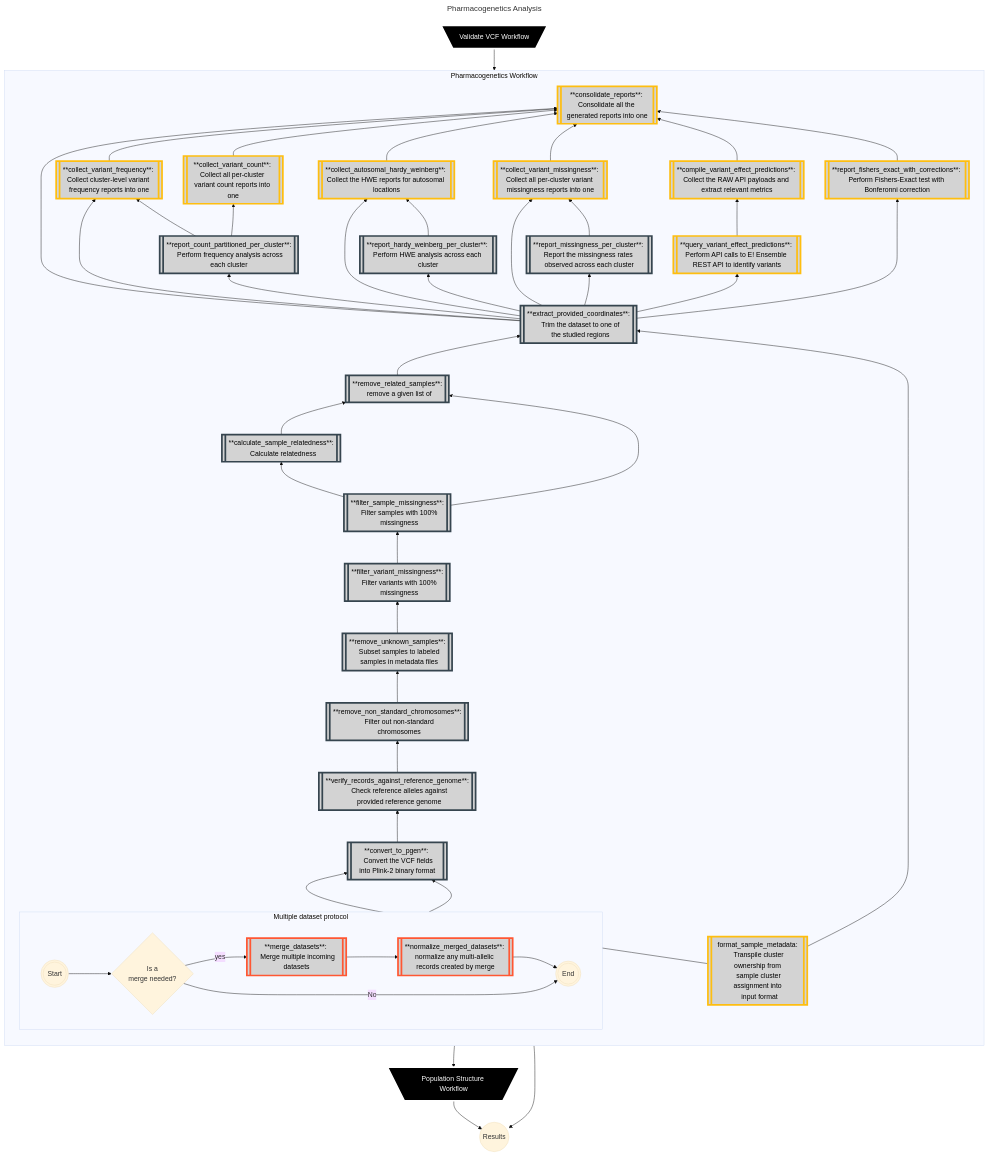
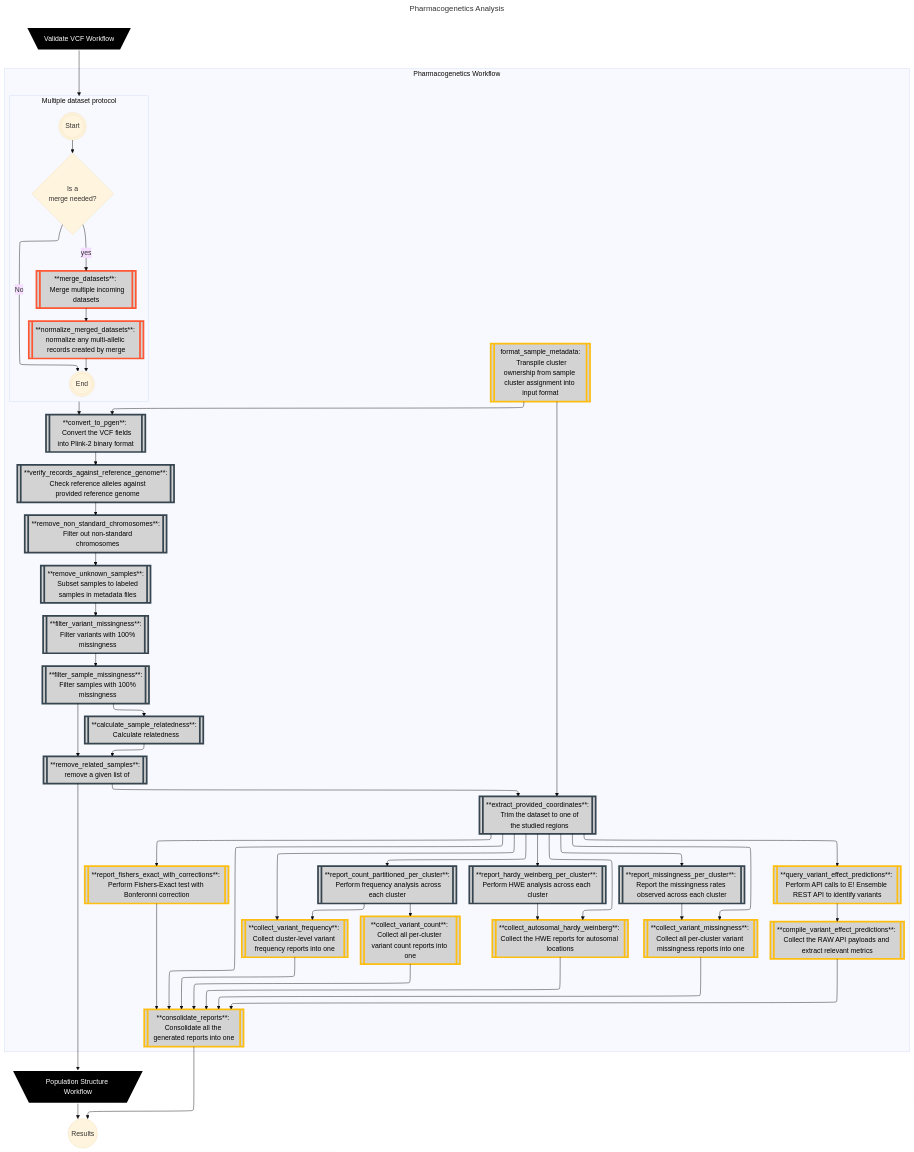
Before and after one commit to Tuks-ICMM/Pharmacogenetic-Analysis-Pipeline: the first of 34 diagrams in docs/02-workflow/02-methodology.md, drawn with Mermaid (base theme).

Commit message:
Updated rendering engine for graph

````diff
--- a/docs/02-workflow/02-methodology.md
+++ b/docs/02-workflow/02-methodology.md
@@ -44,6 +44,9 @@
   ```mermaid
 ---
 title: Pharmacogenetics Analysis
+config:
+    flowchart:
+        defaultRenderer: elk
 ---
 flowchart TD
   subgraph pharmacogeneticsWorkflow [Pharmacogenetics Workflow]
@@ -57,16 +60,32 @@
       classDef gatk stroke:#007FFF,fill:#D3D3D3,stroke-width:4px,color:black;
       classDef workflow stroke:#fff,fill:#000000,stroke-width:4px,color:white;
 
-      format_sample_metadata[[format_sample_metadata:
-  Transpile cluster ownership from
-  sample cluster assignment into
-  input format]]
+      subgraph multipleVcfProtocol [Multiple dataset protocol]
+          direction LR
+          multipleVcfProtocolStart(((Start)))
+          ifMergeRequired{Is a 
+  merge needed?}
+          merge_datasets[[**merge_datasets**: 
+  Merge multiple incoming datasets]]
+
+          normalize_merged_datasets[[**normalize_merged_datasets**: normalize any multi-allelic records created by merge]]
+          multipleVcfProtocolEnd(((End)))
+
+          class merge_datasets,normalize_merged_datasets bcftools;
+          multipleVcfProtocolStart --> ifMergeRequired
+          ifMergeRequired --> |yes| merge_datasets --> normalize_merged_datasets --> multipleVcfProtocolEnd
+          ifMergeRequired --> |No| multipleVcfProtocolEnd
+      end
 
       convert_to_pgen[[**convert_to_pgen**: 
   Convert the VCF fields into Plink-2 binary format]]
       remove_unknown_samples[[**remove_unknown_samples**:
   Subset samples to labeled
   samples in metadata files]]
+
+      format_sample_metadata[[format_sample_metadata:
+  Transpile cluster ownership from sample cluster assignment into input format]]
+
       
       verify_records_against_reference_genome[[**verify_records_against_reference_genome**:
   Check reference alleles against
@@ -120,23 +139,6 @@
       class format_sample_metadata,query_variant_effect_predictions,compile_variant_effect_predictions,collect_autosomal_hardy_weinberg,collect_variant_count,collect_variant_frequency,collect_variant_missingness,report_fishers_exact_with_corrections,consolidate_reports python;
 
       class convert_to_pgen,verify_records_against_reference_genome,filter_variant_missingness,filter_sample_missingness,remove_non_standard_chromosomes,remove_unknown_samples,calculate_sample_relatedness,remove_related_samples,extract_provided_coordinates,report_count_partitioned_per_cluster,report_hardy_weinberg_per_cluster,report_missingness_per_cluster plink;
-
-      subgraph multipleVcfProtocol [Multiple dataset protocol]
-          direction LR
-          multipleVcfProtocolStart(((Start)))
-          ifMergeRequired{Is a 
-  merge needed?}
-          merge_datasets[[**merge_datasets**: 
-  Merge multiple incoming datasets]]
-
-          normalize_merged_datasets[[**normalize_merged_datasets**: normalize any multi-allelic records created by merge]]
-          multipleVcfProtocolEnd(((End)))
-
-          class merge_datasets,normalize_merged_datasets bcftools;
-          multipleVcfProtocolStart --> ifMergeRequired
-          ifMergeRequired --> |yes| merge_datasets --> normalize_merged_datasets --> multipleVcfProtocolEnd
-          ifMergeRequired --> |No| multipleVcfProtocolEnd
-      end
 
       remove_related_samples --> extract_provided_coordinates
       format_sample_metadata --> extract_provided_coordinates 
````
